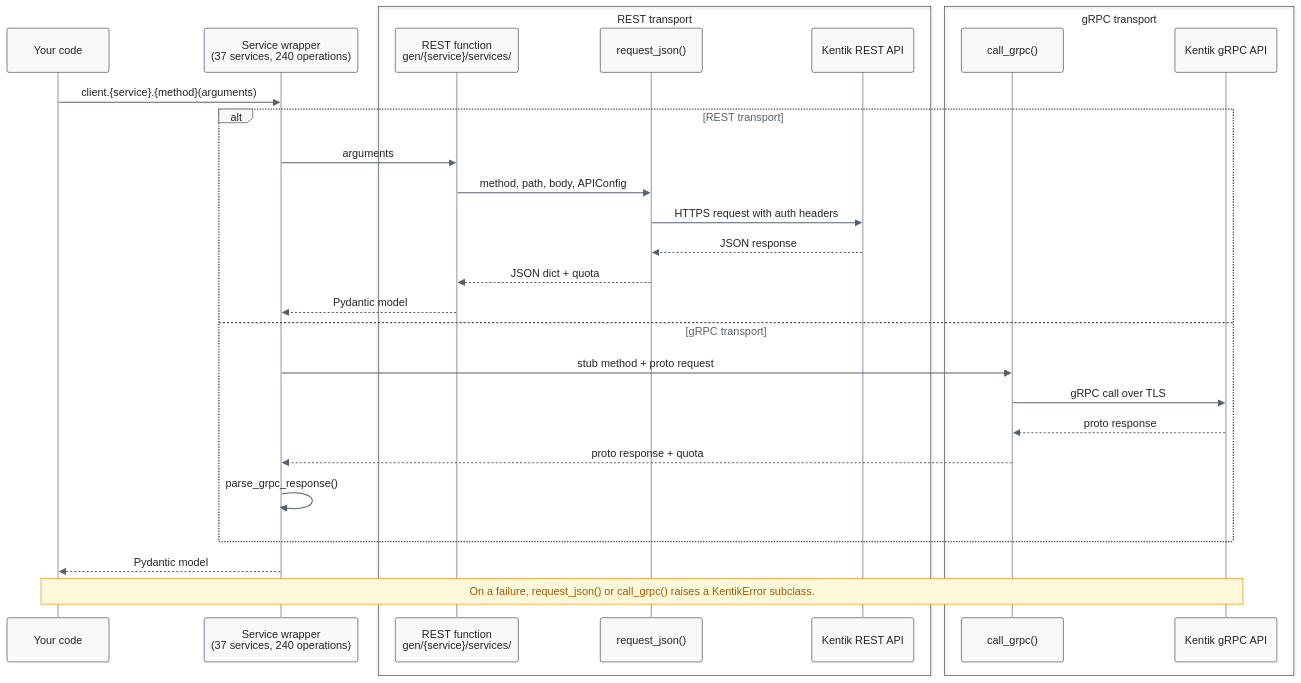
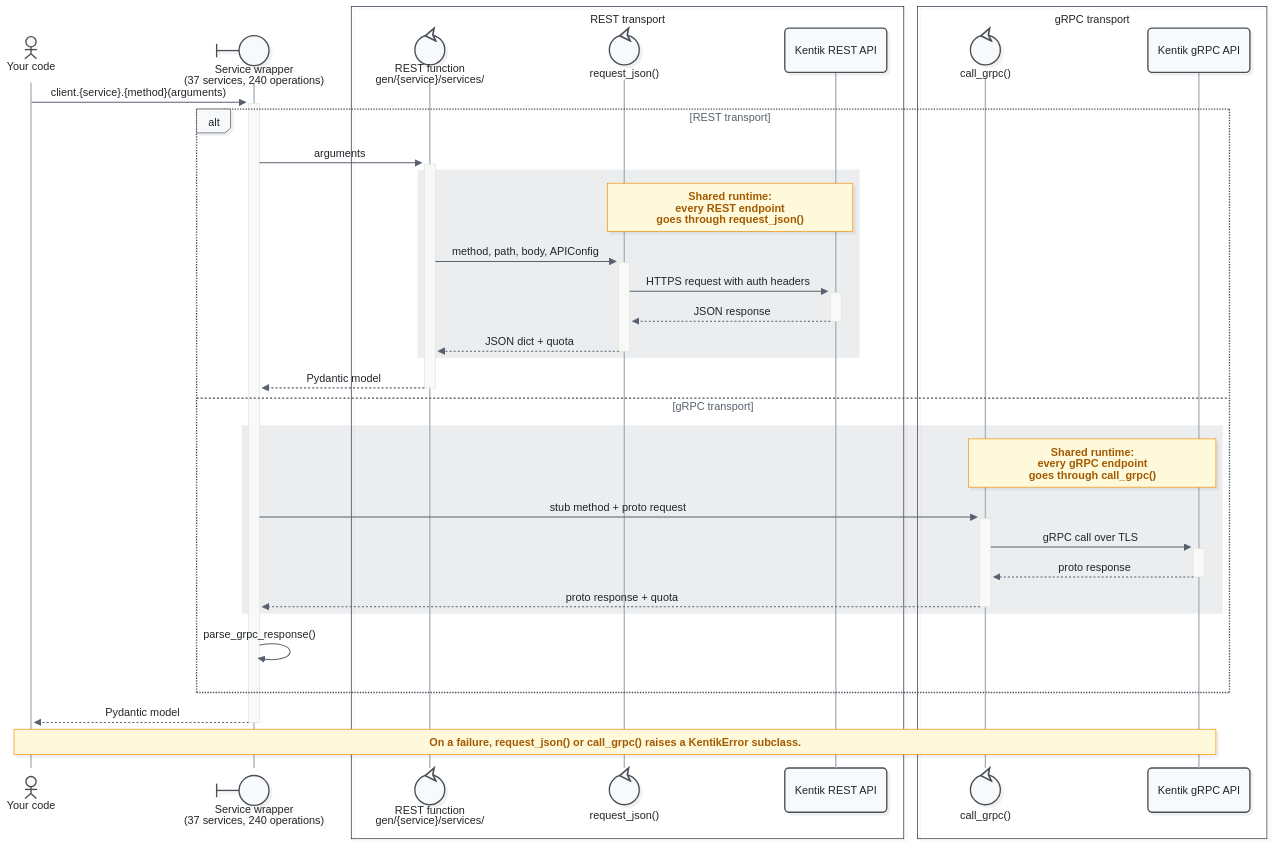
One commit to alexdearaujo/community_sdk_python changed the diagram in docs/sphinx/sdk_runtime_architecture.md. Above: the diagram before and after it, drawn with Mermaid. The commit also changed 52 other files, not shown here.

First line of the commit message:
docs: Mermaid 12 sequence diagrams with participant types and path colors

````diff
--- a/docs/sphinx/sdk_runtime_architecture.md
+++ b/docs/sphinx/sdk_runtime_architecture.md
@@ -19,33 +19,39 @@
 ```mermaid
-%%{init: {"theme": "base", "fontFamily": "ui-monospace, SFMono-Regular, Menlo, monospace", "themeVariables": {"fontFamily": "ui-monospace, SFMono-Regular, Menlo, monospace", "primaryColor": "#f8f9fa", "primaryBorderColor": "#495057", "primaryTextColor": "#212529", "textColor": "#212529", "lineColor": "#77818c", "edgeLabelBackground": "#ffffff", "actorBkg": "#f8f9fa", "actorBorder": "#495057", "actorTextColor": "#212529", "actorLineColor": "#a9b3be", "signalColor": "#57616d", "signalTextColor": "#212529", "labelBoxBkgColor": "#f8f9fa", "labelBoxBorderColor": "#495057", "labelTextColor": "#212529", "loopTextColor": "#57616d", "noteBkgColor": "#fff9db", "noteBorderColor": "#f08c00", "noteTextColor": "#a35a00"}, "flowchart": {"curve": "step", "nodeSpacing": 30, "rankSpacing": 70, "wrappingWidth": 400}}}%%
+%%{init: {"theme": "redux", "look": "neo", "layout": "dagre", "fontFamily": "ui-monospace, SFMono-Regular, Menlo, monospace", "themeVariables": {"fontFamily": "ui-monospace, SFMono-Regular, Menlo, monospace", "primaryColor": "#f8f9fa", "primaryBorderColor": "#495057", "primaryTextColor": "#212529", "textColor": "#212529", "lineColor": "#77818c", "edgeLabelBackground": "#ffffff", "actorBkg": "#f8f9fa", "actorBorder": "#495057", "actorTextColor": "#212529", "actorLineColor": "#a9b3be", "signalColor": "#57616d", "signalTextColor": "#212529", "labelBoxBkgColor": "#f8f9fa", "labelBoxBorderColor": "#495057", "labelTextColor": "#212529", "loopTextColor": "#57616d", "noteBkgColor": "#fff9db", "noteBorderColor": "#f08c00", "noteTextColor": "#a35a00"}, "sequence": {"activationWidth": 16}, "flowchart": {"curve": "step", "nodeSpacing": 30, "rankSpacing": 70, "wrappingWidth": 400}}}%%
 sequenceDiagram
-    participant C as Your code
-    participant W as Service wrapper<br/>(37 services, 240 operations)
+    actor C as Your code
+    participant W@{ "type": "boundary" } as Service wrapper<br/>(37 services, 240 operations)
     box transparent REST transport
-    participant R as REST function<br/>gen/{service}/services/
-    participant RJ as request_json()
+    participant R@{ "type": "control" } as REST function<br/>gen/{service}/services/
+    participant RJ@{ "type": "control" } as request_json()
     participant RA as Kentik REST API
     end
     box transparent gRPC transport
-    participant CG as call_grpc()
+    participant CG@{ "type": "control" } as call_grpc()
     participant GA as Kentik gRPC API
     end
 
-    C->>W: client.{service}.{method}(arguments)
+    C->>+W: client.{service}.{method}(arguments)
     alt REST transport
-        W->>R: arguments
-        R->>RJ: method, path, body, APIConfig
-        RJ->>RA: HTTPS request with auth headers
-        RA-->>RJ: JSON response
-        RJ-->>R: JSON dict + quota
-        R-->>W: Pydantic model
+        W->>+R: arguments
+        rect rgba(120,130,140,0.14)
+        Note over RJ,RA: Shared runtime:<br/>every REST endpoint<br/>goes through request_json()
+        R->>+RJ: method, path, body, APIConfig
+        RJ->>+RA: HTTPS request with auth headers
+        RA-->>-RJ: JSON response
+        RJ-->>-R: JSON dict + quota
+        end
+        R-->>-W: Pydantic model
     else gRPC transport
-        W->>CG: stub method + proto request
-        CG->>GA: gRPC call over TLS
-        GA-->>CG: proto response
-        CG-->>W: proto response + quota
+        rect rgba(120,130,140,0.14)
+        Note over CG,GA: Shared runtime:<br/>every gRPC endpoint<br/>goes through call_grpc()
+        W->>+CG: stub method + proto request
+        CG->>+GA: gRPC call over TLS
+        GA-->>-CG: proto response
+        CG-->>-W: proto response + quota
+        end
         W->>W: parse_grpc_response()
     end
-    W-->>C: Pydantic model
+    W-->>-C: Pydantic model
     Note over C,GA: On a failure, request_json() or call_grpc() raises a KentikError subclass.
 ```
````
